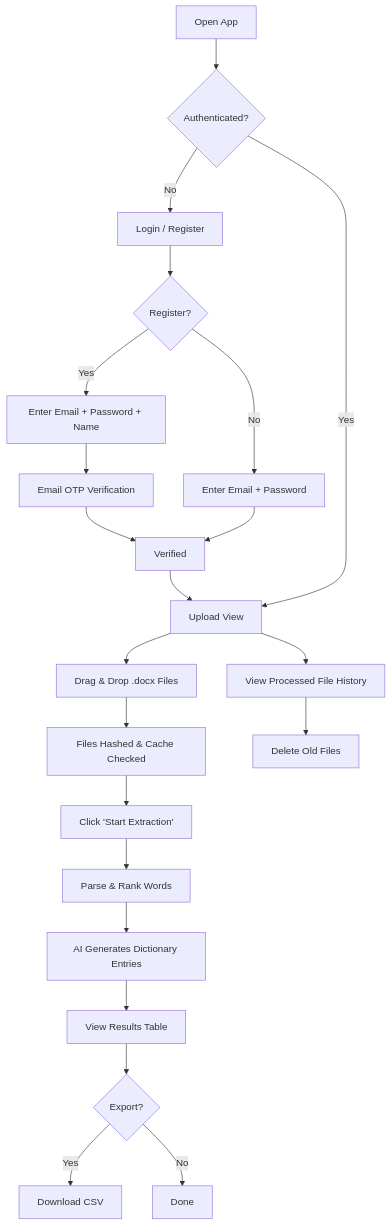
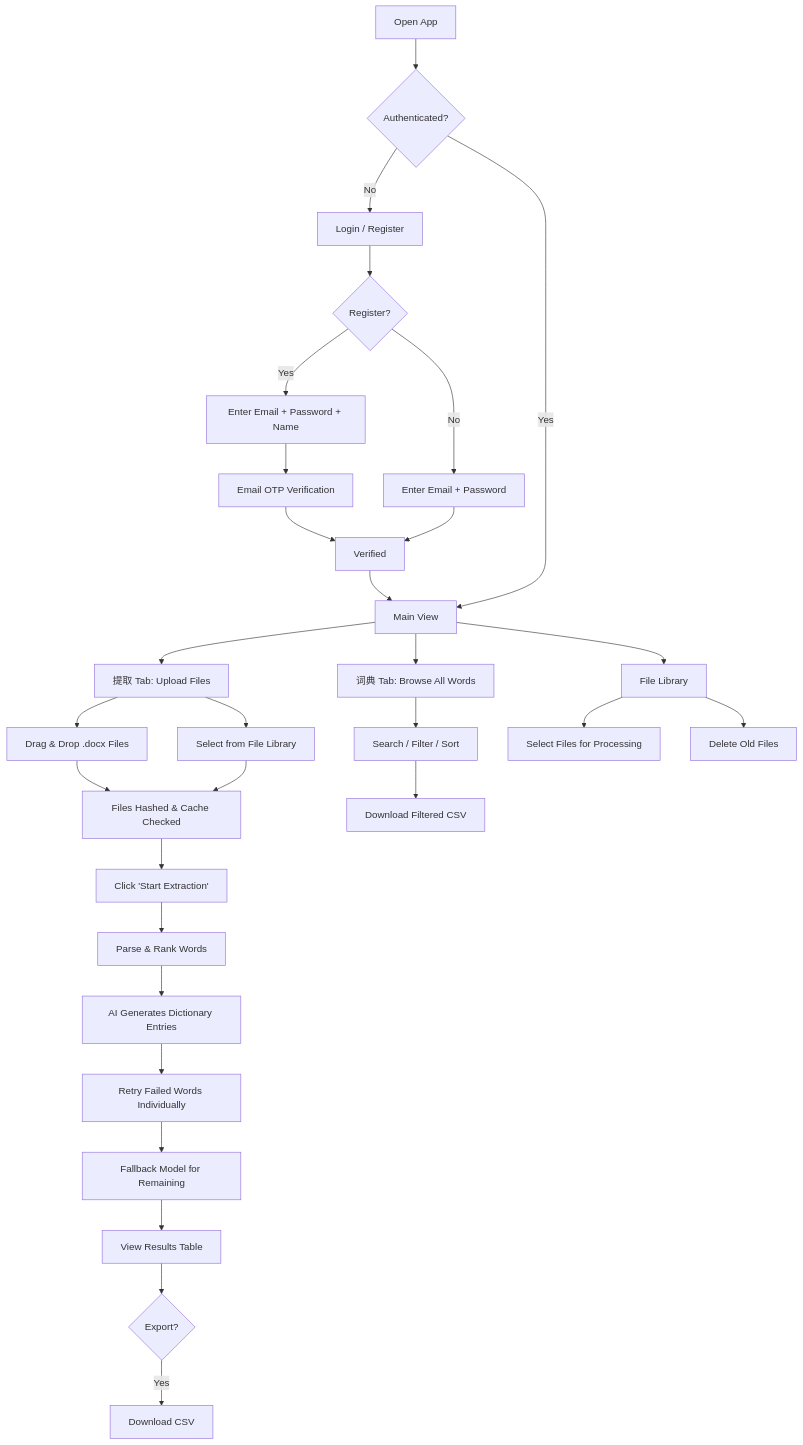
Before and after one commit to NaichuanZhang/wordwise: the first of 3 diagrams in README.md, drawn with Mermaid. The commit also changed other lines of this file and 5 other files, not shown here.

Commit message:
feat: file library, dictionary tab, cascading retry, frequency refactor

````diff
--- a/README.md
+++ b/README.md
@@ -38,26 +42,35 @@
 ```mermaid
 flowchart TD
     A[Open App] --> B{Authenticated?}
     B -- No --> C[Login / Register]
     C --> D{Register?}
     D -- Yes --> E[Enter Email + Password + Name]
     E --> F[Email OTP Verification]
     F --> G[Verified]
     D -- No --> H[Enter Email + Password]
     H --> G
-    G --> I[Upload View]
+    G --> I[Main View]
     B -- Yes --> I
 
-    I --> J[Drag & Drop .docx Files]
-    J --> K[Files Hashed & Cache Checked]
-    K --> L[Click 'Start Extraction']
-    L --> M[Parse & Rank Words]
-    M --> N[AI Generates Dictionary Entries]
-    N --> O[View Results Table]
-    O --> P{Export?}
-    P -- Yes --> Q[Download CSV]
-    P -- No --> R[Done]
+    I --> J[提取 Tab: Upload Files]
+    J --> K1[Drag & Drop .docx Files]
+    J --> K2[Select from File Library]
+    K1 --> L[Files Hashed & Cache Checked]
+    K2 --> L
+    L --> M[Click 'Start Extraction']
+    M --> N[Parse & Rank Words]
+    N --> O[AI Generates Dictionary Entries]
+    O --> O2[Retry Failed Words Individually]
+    O2 --> O3[Fallback Model for Remaining]
+    O3 --> P[View Results Table]
+    P --> Q{Export?}
+    Q -- Yes --> R[Download CSV]
 
-    I --> S[View Processed File History]
-    S --> T[Delete Old Files]
+    I --> S[词典 Tab: Browse All Words]
+    S --> T[Search / Filter / Sort]
+    T --> U[Download Filtered CSV]
+
+    I --> V[File Library]
+    V --> W[Select Files for Processing]
+    V --> X[Delete Old Files]
 ```
````
